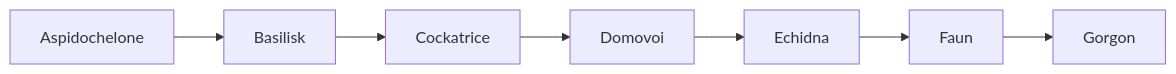
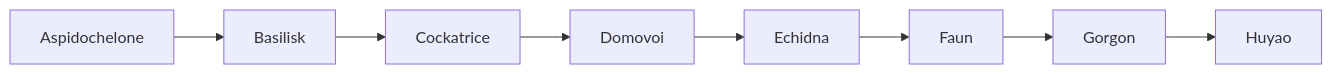
Before and after one commit to r3e-network/neo-rs: the second of 3 diagrams in docs/protocol-compatibility.md, drawn with Mermaid. The commit also changed other lines of this file and 30 other files, not shown here.

````diff
--- a/docs/protocol-compatibility.md
+++ b/docs/protocol-compatibility.md
@@ -63,4 +64,4 @@
 ```mermaid
 flowchart LR
-    A[Aspidochelone] --> B[Basilisk] --> C[Cockatrice] --> D[Domovoi] --> E[Echidna] --> F[Faun] --> G[Gorgon]
+    A[Aspidochelone] --> B[Basilisk] --> C[Cockatrice] --> D[Domovoi] --> E[Echidna] --> F[Faun] --> G[Gorgon] --> H[Huyao]
 ```
````
